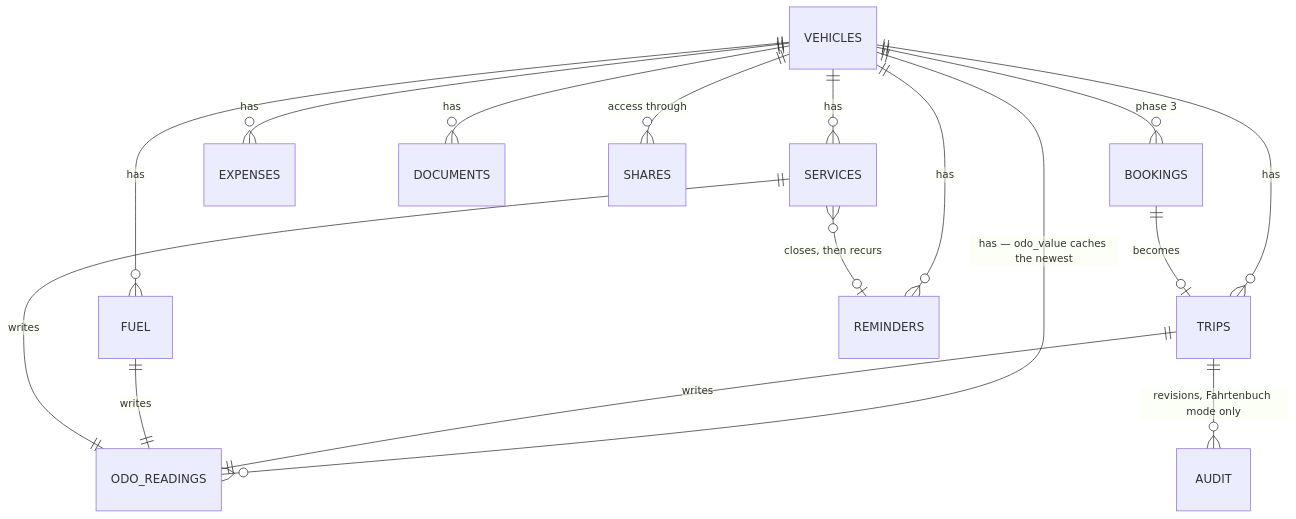
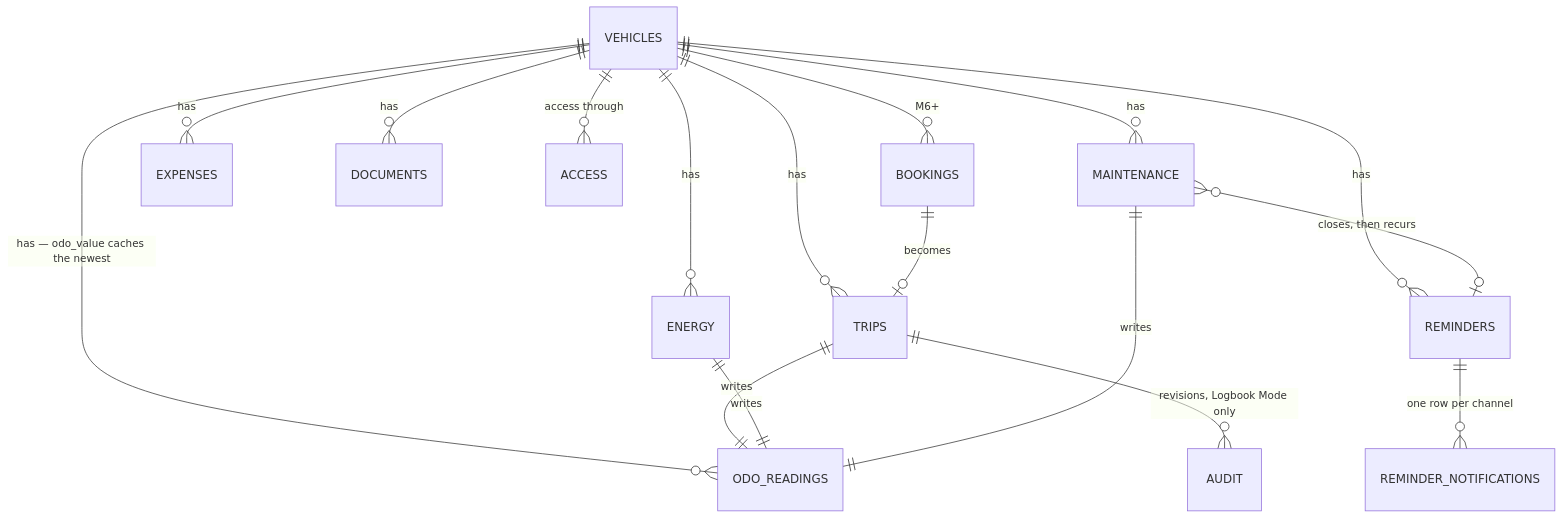
The diagram in docs/architecture.md (typical42/next-fleet), drawn with Mermaid before and after one commit. The commit also changed other lines of this file and 24 other files, not shown here.

````diff
--- a/docs/architecture.md
+++ b/docs/architecture.md
@@ -30,18 +28,19 @@
 ```mermaid
 erDiagram
     VEHICLES ||--o{ ODO_READINGS : "has — odo_value caches the newest"
     VEHICLES ||--o{ TRIPS : has
-    VEHICLES ||--o{ FUEL : has
-    VEHICLES ||--o{ SERVICES : has
+    VEHICLES ||--o{ ENERGY : has
+    VEHICLES ||--o{ MAINTENANCE : has
     VEHICLES ||--o{ EXPENSES : has
     VEHICLES ||--o{ REMINDERS : has
     VEHICLES ||--o{ DOCUMENTS : has
-    VEHICLES ||--o{ SHARES : "access through"
-    VEHICLES ||--o{ BOOKINGS : "phase 3"
+    VEHICLES ||--o{ ACCESS : "access through"
+    VEHICLES ||--o{ BOOKINGS : "M6+"
     TRIPS ||--|| ODO_READINGS : writes
-    FUEL ||--|| ODO_READINGS : writes
-    SERVICES ||--|| ODO_READINGS : writes
-    SERVICES }o--o| REMINDERS : "closes, then recurs"
+    ENERGY ||--|| ODO_READINGS : writes
+    MAINTENANCE ||--|| ODO_READINGS : writes
+    MAINTENANCE }o--o| REMINDERS : "closes, then recurs"
+    REMINDERS ||--o{ REMINDER_NOTIFICATIONS : "one row per channel"
     BOOKINGS ||--o| TRIPS : becomes
-    TRIPS ||--o{ AUDIT : "revisions, Fahrtenbuch mode only"
+    TRIPS ||--o{ AUDIT : "revisions, Logbook Mode only"
 ```
````
